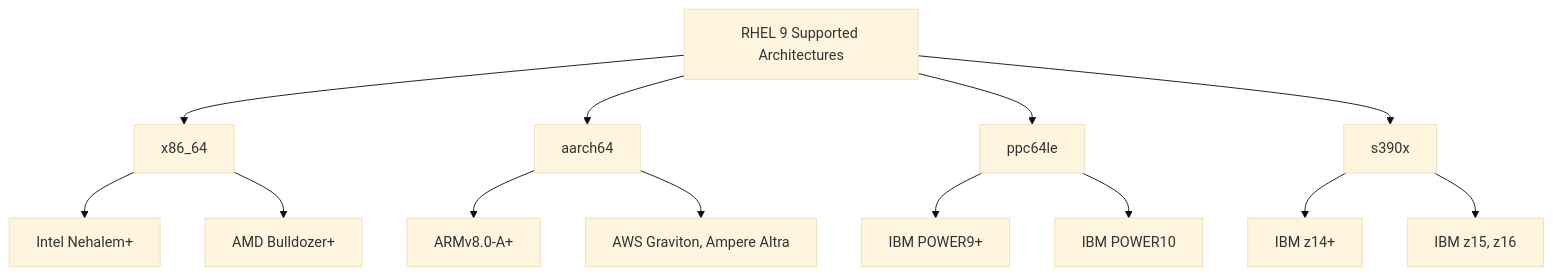
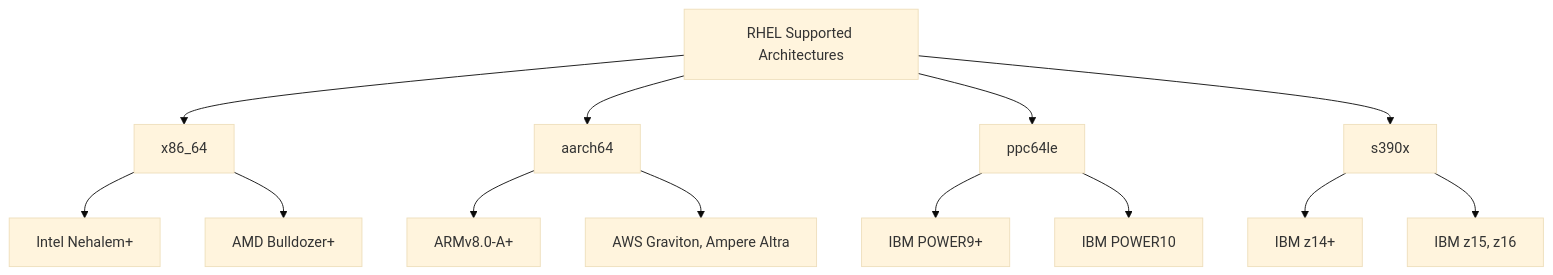
One commit to OneUptime/blog changed the diagram in posts/2026-03-04-verify-system-requirements-rhel-9/README.md. Above: the diagram before and after it, drawn with Mermaid (base theme). The commit also changed other lines of this file and 4866 other files, not shown here.

````diff
--- a/posts/2026-03-04-verify-system-requirements-rhel-9/README.md
+++ b/posts/2026-03-04-verify-system-requirements-rhel-9/README.md
@@ -83,15 +83,15 @@
 ```mermaid
 graph TD
-    A[RHEL 9 Supported Architectures] --> B[x86_64]
+    A[RHEL Supported Architectures] --> B[x86_64]
     A --> C[aarch64]
     A --> D[ppc64le]
     A --> E[s390x]
     B --> B1[Intel Nehalem+]
     B --> B2[AMD Bulldozer+]
     C --> C1[ARMv8.0-A+]
     C --> C2[AWS Graviton, Ampere Altra]
     D --> D1[IBM POWER9+]
     D --> D2[IBM POWER10]
     E --> E1[IBM z14+]
     E --> E2[IBM z15, z16]
 ```
````
